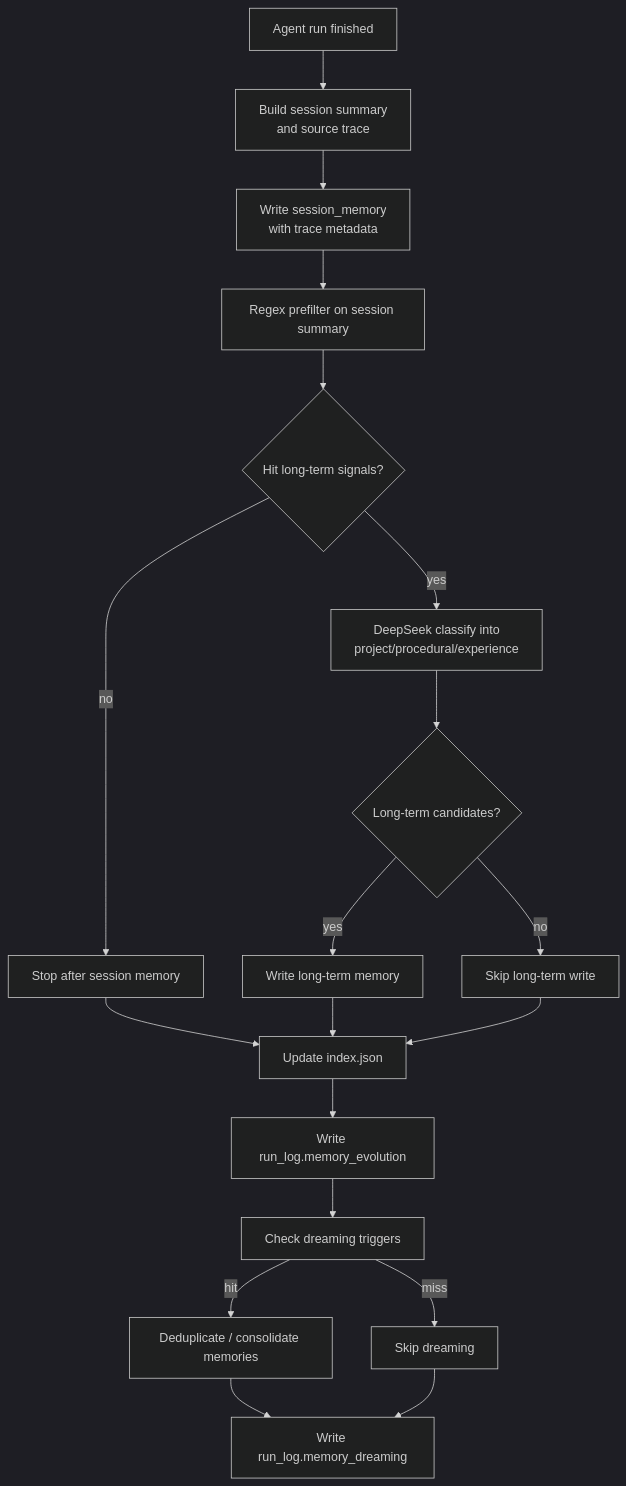
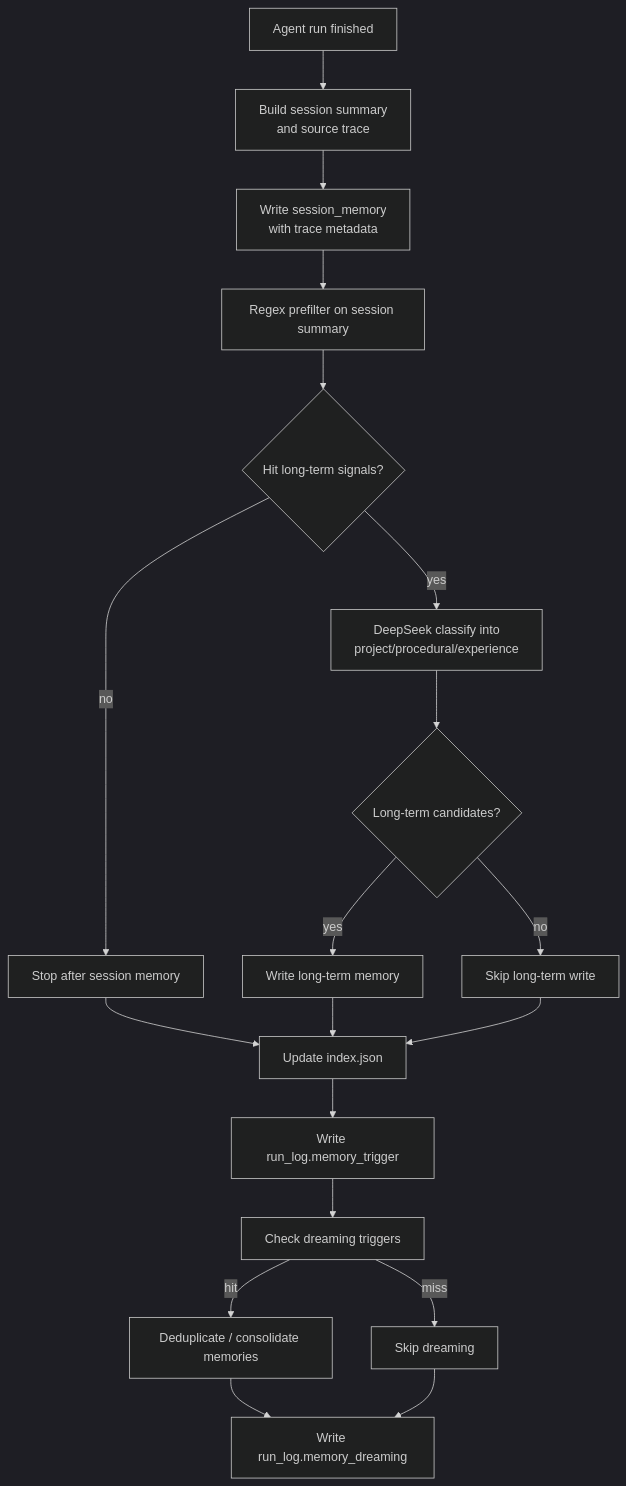
One commit to Cachuela11/MiniCode changed the ninth of 10 diagrams in README.md. Above: the diagram before and after it, drawn with Mermaid (dark theme). The commit also changed other lines of this file and 8 other files, not shown here.

````diff
--- a/README.md
+++ b/README.md
@@ -405,21 +405,21 @@
 ```mermaid
 flowchart TD
     A[Agent run finished] --> B[Build session summary<br/>and source trace]
     B --> C[Write session_memory<br/>with trace metadata]
     C --> D[Regex prefilter on session summary]
     D --> E{Hit long-term signals?}
     E -->|no| F[Stop after session memory]
     E -->|yes| G[DeepSeek classify into<br/>project/procedural/experience]
     G --> H{Long-term candidates?}
     H -->|yes| I[Write long-term memory]
     H -->|no| J[Skip long-term write]
     F --> K[Update index.json]
     I --> K
     J --> K
-    K --> L[Write run_log.memory_evolution]
+    K --> L[Write run_log.memory_trigger]
     L --> M[Check dreaming triggers]
     M -->|hit| N[Deduplicate / consolidate memories]
     M -->|miss| O[Skip dreaming]
     N --> P[Write run_log.memory_dreaming]
     O --> P
 ```
````
